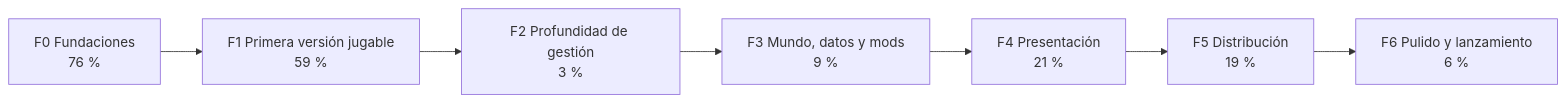
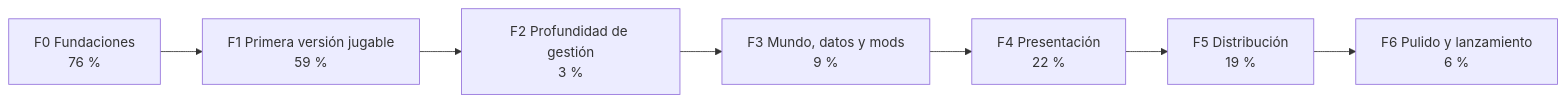
The first of 2 diagrams in README.md (dariogea/BM27), drawn with Mermaid before and after one commit. The commit also changed other lines of this file and 10 other files, not shown here.

````diff
--- a/README.md
+++ b/README.md
@@ -91,11 +91,11 @@
 ```mermaid
 flowchart LR
   F0["F0 Fundaciones<br/>76 %"]
   F1["F1 Primera versión jugable<br/>59 %"]
   F2["F2 Profundidad de gestión<br/>3 %"]
   F3["F3 Mundo, datos y mods<br/>9 %"]
-  F4["F4 Presentación<br/>21 %"]
+  F4["F4 Presentación<br/>22 %"]
   F5["F5 Distribución<br/>19 %"]
   F6["F6 Pulido y lanzamiento<br/>6 %"]
   F0 --> F1 --> F2 --> F3 --> F4 --> F5 --> F6
 ```
````
